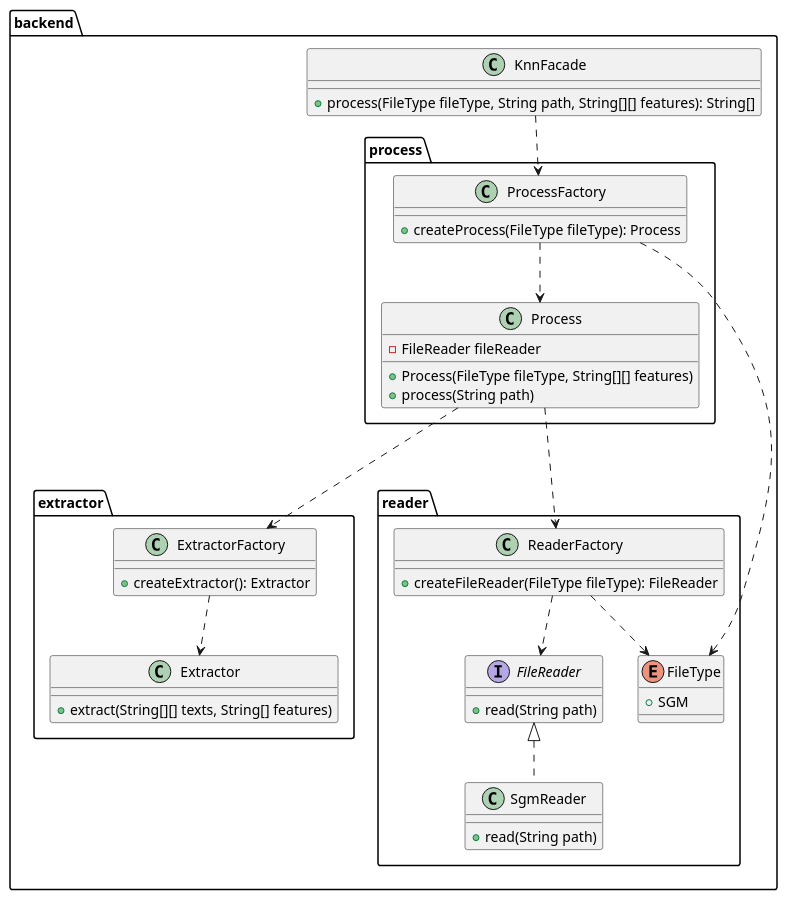
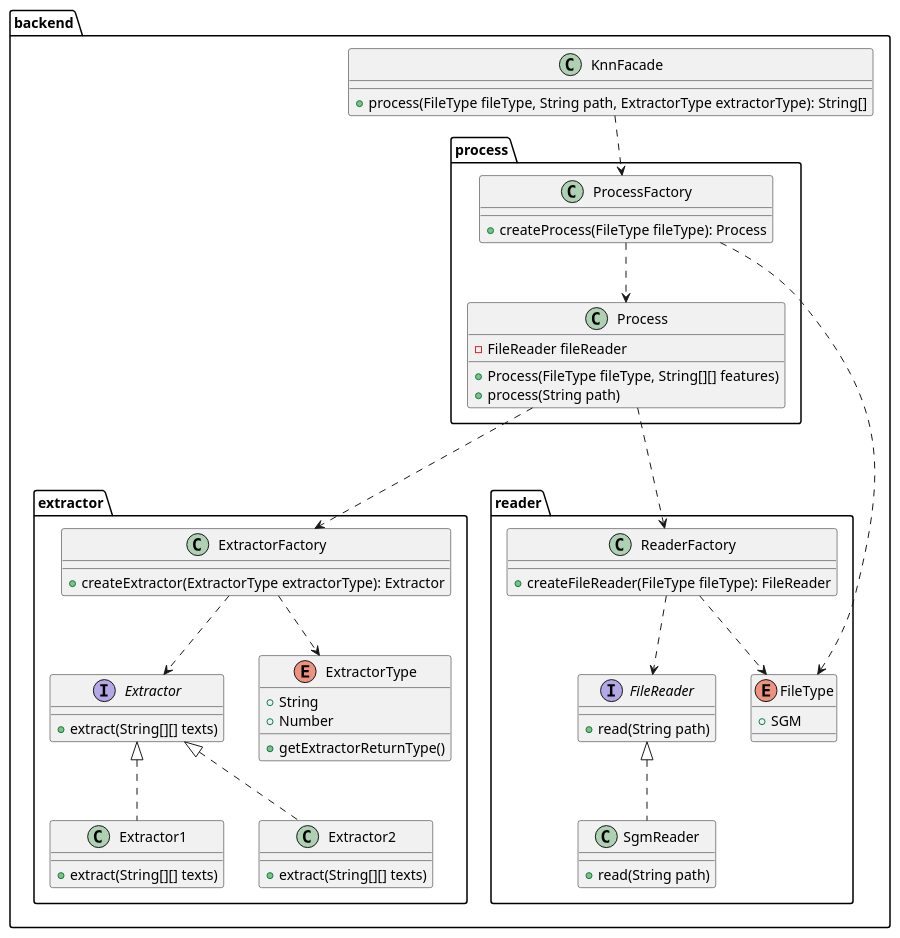
The second of 2 diagrams in README.md (kambed/Computer-Recognition-Systems), drawn with PlantUML before and after one commit. The commit also changed other lines of this file, not shown here.

Commit message:
Fix extractor

````diff
--- a/README.md
+++ b/README.md
@@ -25,49 +31,61 @@
 ```plantuml
 top to bottom direction
 package backend {
     package reader {
         interface FileReader {
             + read(String path)
         }
         class SgmReader implements FileReader {
             + read(String path)
         }
         
         class ReaderFactory {
             + createFileReader(FileType fileType): FileReader
         }
         ReaderFactory ..> FileReader
         ReaderFactory ..> FileType
         enum FileType {
             + SGM
         }
     }
     package extractor {
-        class Extractor {
-            + extract(String[][] texts, String[] features)
+        interface Extractor {
+            + extract(String[][] texts)
+        }
+        class Extractor1 implements Extractor {
+            + extract(String[][] texts)
+        }
+        class Extractor2 implements Extractor {
+            + extract(String[][] texts)
         }
         class ExtractorFactory {
-            + createExtractor(): Extractor
+            + createExtractor(ExtractorType extractorType): Extractor
+        }
+        enum ExtractorType {
+            + String
+            + Number
+            + getExtractorReturnType()
         }
         ExtractorFactory ..> Extractor
+        ExtractorFactory ..> ExtractorType
     }
     package process {
         class Process {
             - FileReader fileReader
             + Process(FileType fileType, String[][] features)
             + process(String path)
         }
         Process ...> ReaderFactory
         Process ...> ExtractorFactory
         class ProcessFactory {
             + createProcess(FileType fileType): Process
         }
         ProcessFactory ..> Process
         ProcessFactory ..> FileType
     }
     class KnnFacade {
-        + process(FileType fileType, String path, String[][] features): String[]
+        + process(FileType fileType, String path, ExtractorType extractorType): String[]
     }
     KnnFacade ..> ProcessFactory
 }
 ```
````
